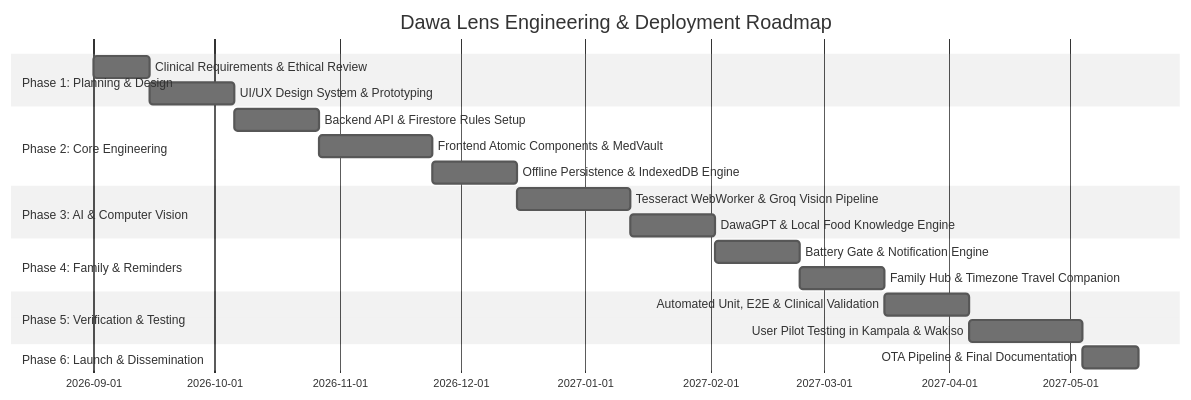
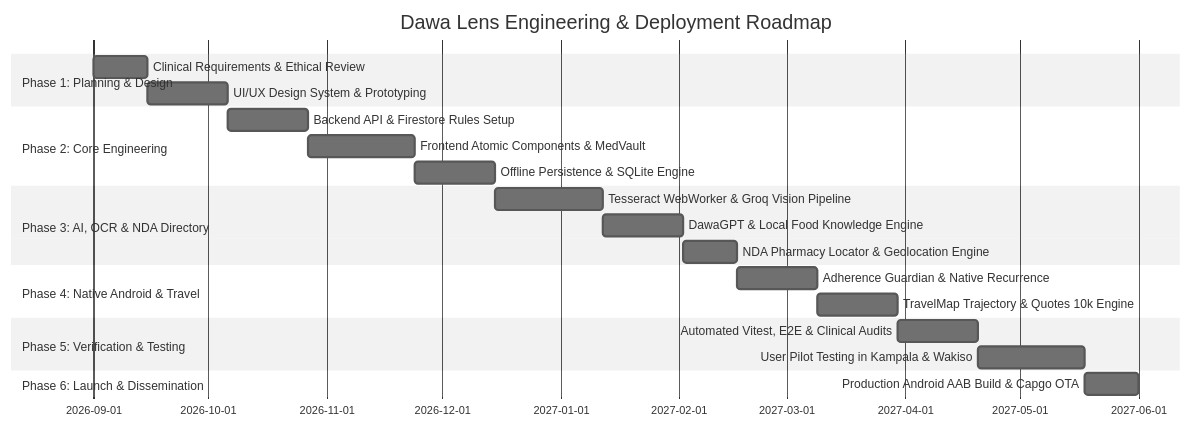
Before and after one commit to EmmahOwens/dawa-lens: the fifth of 5 diagrams in project_proposal.md, drawn with Mermaid (neutral theme). The commit also changed other lines of this file and 8 other files, not shown here.

Commit message:
refactor: update graph analysis report and prune community labels

````diff
--- a/project_proposal.md
+++ b/project_proposal.md
@@ -587,23 +669,24 @@
 ```mermaid
 gantt
     title Dawa Lens Engineering & Deployment Roadmap
     dateFormat  YYYY-MM-DD
     section Phase 1: Planning & Design
     Clinical Requirements & Ethical Review   :p1_1, 2026-09-01, 14d
     UI/UX Design System & Prototyping        :p1_2, after p1_1, 21d
     section Phase 2: Core Engineering
     Backend API & Firestore Rules Setup      :p2_1, after p1_2, 21d
     Frontend Atomic Components & MedVault    :p2_2, after p2_1, 28d
-    Offline Persistence & IndexedDB Engine   :p2_3, after p2_2, 21d
-    section Phase 3: AI & Computer Vision
+    Offline Persistence & SQLite Engine      :p2_3, after p2_2, 21d
+    section Phase 3: AI, OCR & NDA Directory
     Tesseract WebWorker & Groq Vision Pipeline:p3_1, after p2_3, 28d
     DawaGPT & Local Food Knowledge Engine    :p3_2, after p3_1, 21d
-    section Phase 4: Family & Reminders
-    Battery Gate & Notification Engine       :p4_1, after p3_2, 21d
-    Family Hub & Timezone Travel Companion   :p4_2, after p4_1, 21d
+    NDA Pharmacy Locator & Geolocation Engine:p3_3, after p3_2, 14d
+    section Phase 4: Native Android & Travel
+    Adherence Guardian & Native Recurrence   :p4_1, after p3_3, 21d
+    TravelMap Trajectory & Quotes 10k Engine :p4_2, after p4_1, 21d
     section Phase 5: Verification & Testing
-    Automated Unit, E2E & Clinical Validation:p5_1, after p4_2, 21d
+    Automated Vitest, E2E & Clinical Audits  :p5_1, after p4_2, 21d
     User Pilot Testing in Kampala & Wakiso   :p5_2, after p5_1, 28d
     section Phase 6: Launch & Dissemination
-    OTA Pipeline & Final Documentation       :p6_1, after p5_2, 14d
+    Production Android AAB Build & Capgo OTA :p6_1, after p5_2, 14d
 ```
````
